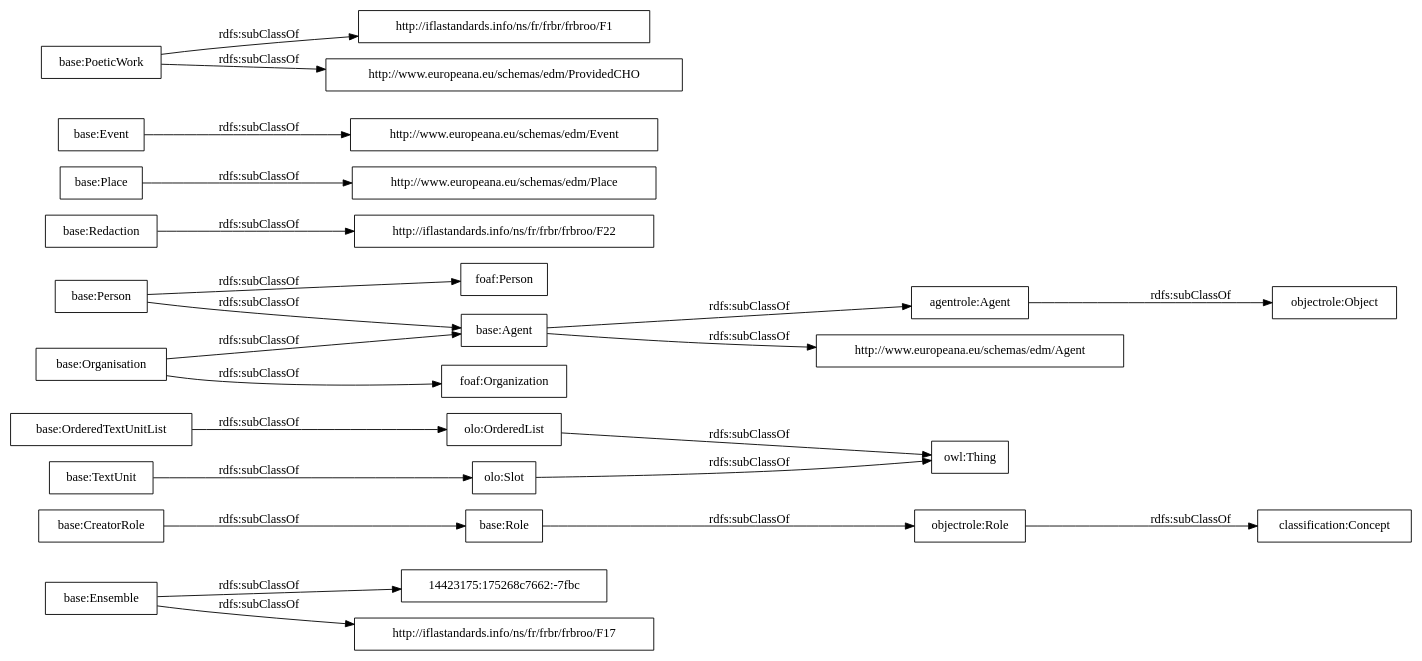
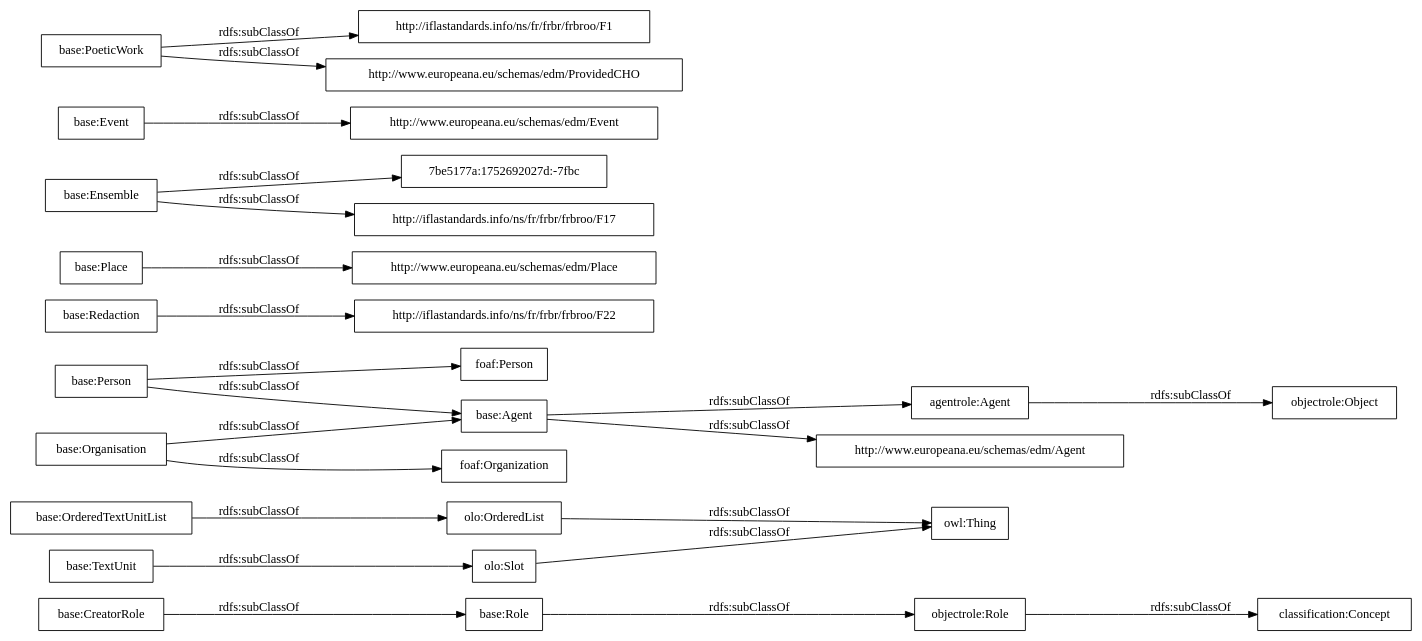
Before and after one commit to OnToologyUser/core-ontology-1: the diagram in OnToology/postdata-core.owl/diagrams/ar2dtool-taxonomy/postdata-core.owl.png.dot, drawn with Graphviz. The commit also changed 14 other files, not shown here.

```diff
--- a/OnToology/postdata-core.owl/diagrams/ar2dtool-taxonomy/postdata-core.owl.png.dot
+++ b/OnToology/postdata-core.owl/diagrams/ar2dtool-taxonomy/postdata-core.owl.png.dot
@@ -1,27 +1,27 @@
 digraph ar2dtool_diagram { 
 rankdir=LR;
 size="1000"
-node [shape = rectangle, color="black"]; "14423175:175268c7662:-7fbc" "base:Role" "base:OrderedTextUnitList" "agentrole:Agent" "http://iflastandards.info/ns/fr/frbr/frbroo/F22" "http://www.europeana.eu/schemas/edm/Agent" "base:Agent" "base:CreatorRole" "base:Person" "base:Organisation" "http://www.europeana.eu/schemas/edm/Place" "base:Redaction" "base:Ensemble" "foaf:Person" "http://www.europeana.eu/schemas/edm/Event" "base:TextUnit" "http://iflastandards.info/ns/fr/frbr/frbroo/F1" "foaf:Organization" "http://www.europeana.eu/schemas/edm/ProvidedCHO" "base:Place" "base:Event" "base:PoeticWork" "http://iflastandards.info/ns/fr/frbr/frbroo/F17" "owl:Thing" "objectrole:Role" "objectrole:Object" "olo:Slot" "olo:OrderedList" "classification:Concept" ; /*classes style*/
+node [shape = rectangle, color="black"]; "base:Role" "base:OrderedTextUnitList" "agentrole:Agent" "http://iflastandards.info/ns/fr/frbr/frbroo/F22" "http://www.europeana.eu/schemas/edm/Agent" "base:Agent" "base:CreatorRole" "base:Person" "base:Organisation" "http://www.europeana.eu/schemas/edm/Place" "base:Redaction" "base:Ensemble" "foaf:Person" "http://www.europeana.eu/schemas/edm/Event" "base:TextUnit" "http://iflastandards.info/ns/fr/frbr/frbroo/F1" "foaf:Organization" "http://www.europeana.eu/schemas/edm/ProvidedCHO" "base:Place" "base:Event" "7be5177a:1752692027d:-7fbc" "base:PoeticWork" "http://iflastandards.info/ns/fr/frbr/frbroo/F17" "owl:Thing" "objectrole:Role" "objectrole:Object" "olo:Slot" "olo:OrderedList" "classification:Concept" ; /*classes style*/
 	"base:Redaction" -> "http://iflastandards.info/ns/fr/frbr/frbroo/F22" [ label = "rdfs:subClassOf" ];
 	"base:Role" -> "objectrole:Role" [ label = "rdfs:subClassOf" ];
 	"base:Event" -> "http://www.europeana.eu/schemas/edm/Event" [ label = "rdfs:subClassOf" ];
 	"base:Person" -> "foaf:Person" [ label = "rdfs:subClassOf" ];
 	"base:Person" -> "base:Agent" [ label = "rdfs:subClassOf" ];
 	"olo:OrderedList" -> "owl:Thing" [ label = "rdfs:subClassOf" ];
 	"olo:Slot" -> "owl:Thing" [ label = "rdfs:subClassOf" ];
 	"base:PoeticWork" -> "http://www.europeana.eu/schemas/edm/ProvidedCHO" [ label = "rdfs:subClassOf" ];
 	"base:PoeticWork" -> "http://iflastandards.info/ns/fr/frbr/frbroo/F1" [ label = "rdfs:subClassOf" ];
 	"base:TextUnit" -> "olo:Slot" [ label = "rdfs:subClassOf" ];
 	"agentrole:Agent" -> "objectrole:Object" [ label = "rdfs:subClassOf" ];
-	"base:Ensemble" -> "14423175:175268c7662:-7fbc" [ label = "rdfs:subClassOf" ];
+	"base:Ensemble" -> "7be5177a:1752692027d:-7fbc" [ label = "rdfs:subClassOf" ];
 	"base:Ensemble" -> "http://iflastandards.info/ns/fr/frbr/frbroo/F17" [ label = "rdfs:subClassOf" ];
 	"base:OrderedTextUnitList" -> "olo:OrderedList" [ label = "rdfs:subClassOf" ];
 	"base:Agent" -> "agentrole:Agent" [ label = "rdfs:subClassOf" ];
 	"base:Agent" -> "http://www.europeana.eu/schemas/edm/Agent" [ label = "rdfs:subClassOf" ];
 	"objectrole:Role" -> "classification:Concept" [ label = "rdfs:subClassOf" ];
 	"base:Place" -> "http://www.europeana.eu/schemas/edm/Place" [ label = "rdfs:subClassOf" ];
 	"base:Organisation" -> "foaf:Organization" [ label = "rdfs:subClassOf" ];
 	"base:Organisation" -> "base:Agent" [ label = "rdfs:subClassOf" ];
 	"base:CreatorRole" -> "base:Role" [ label = "rdfs:subClassOf" ];
 
 }
```
